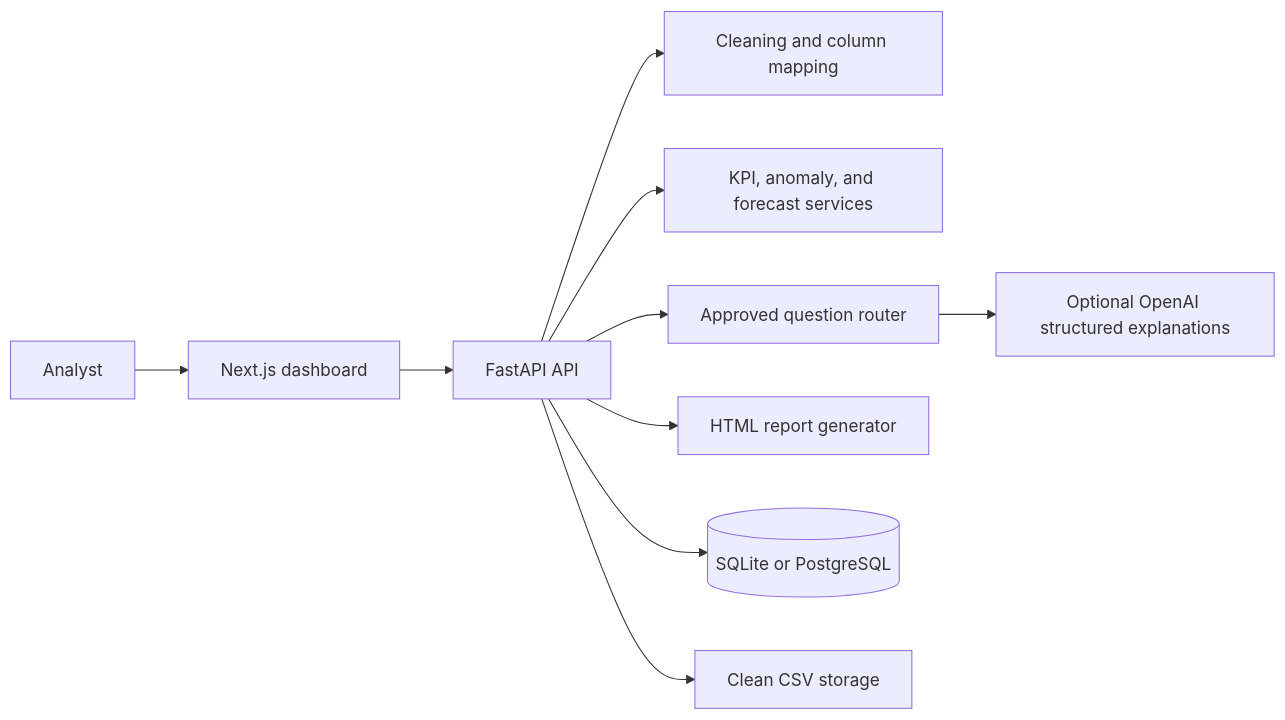
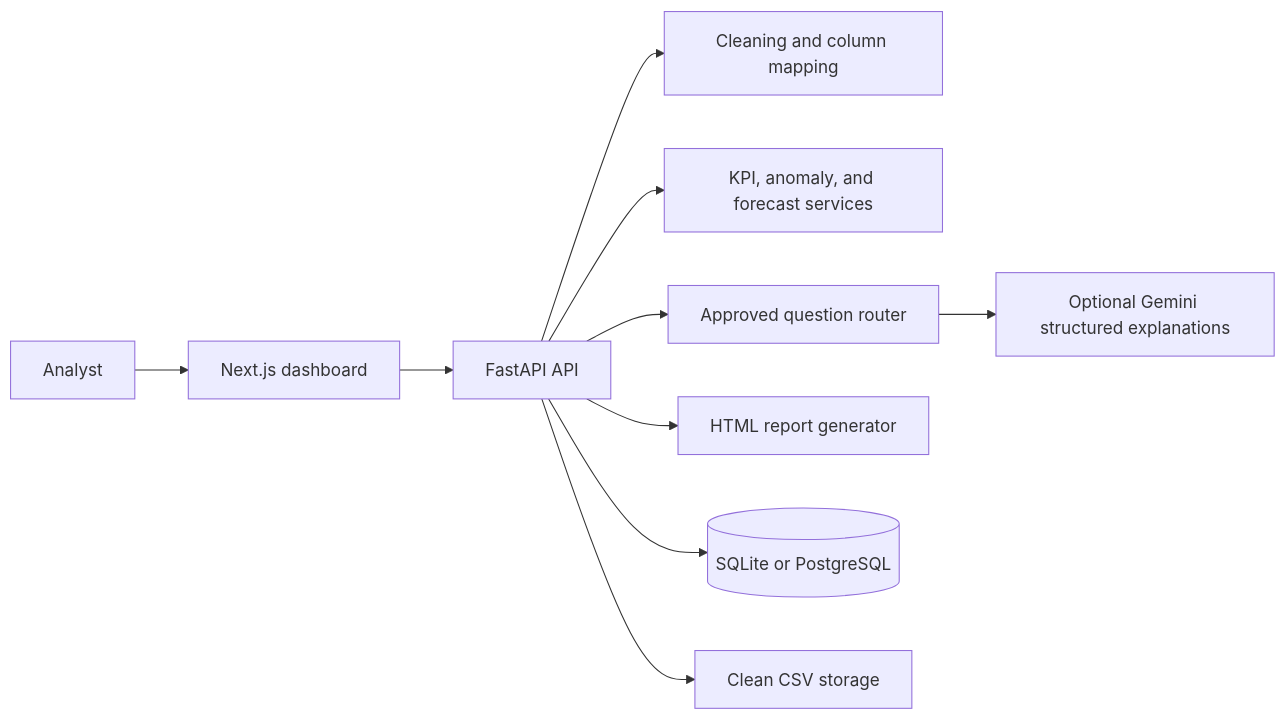
One commit to ammar081/AI-Energy-Data-Analyst changed the diagram in README.md. Above: the diagram before and after it, drawn with Mermaid. The commit also changed other lines of this file and 18 other files, not shown here.

````diff
--- a/README.md
+++ b/README.md
@@ -57,12 +59,12 @@
 ```mermaid
 flowchart LR
   User["Analyst"] --> UI["Next.js dashboard"]
   UI --> API["FastAPI API"]
   API --> Clean["Cleaning and column mapping"]
   API --> Analytics["KPI, anomaly, and forecast services"]
   API --> Router["Approved question router"]
-  Router --> AI["Optional OpenAI structured explanations"]
+  Router --> AI["Optional Gemini structured explanations"]
   API --> Report["HTML report generator"]
   API --> DB[("SQLite or PostgreSQL")]
   API --> Files["Clean CSV storage"]
 ```
````
